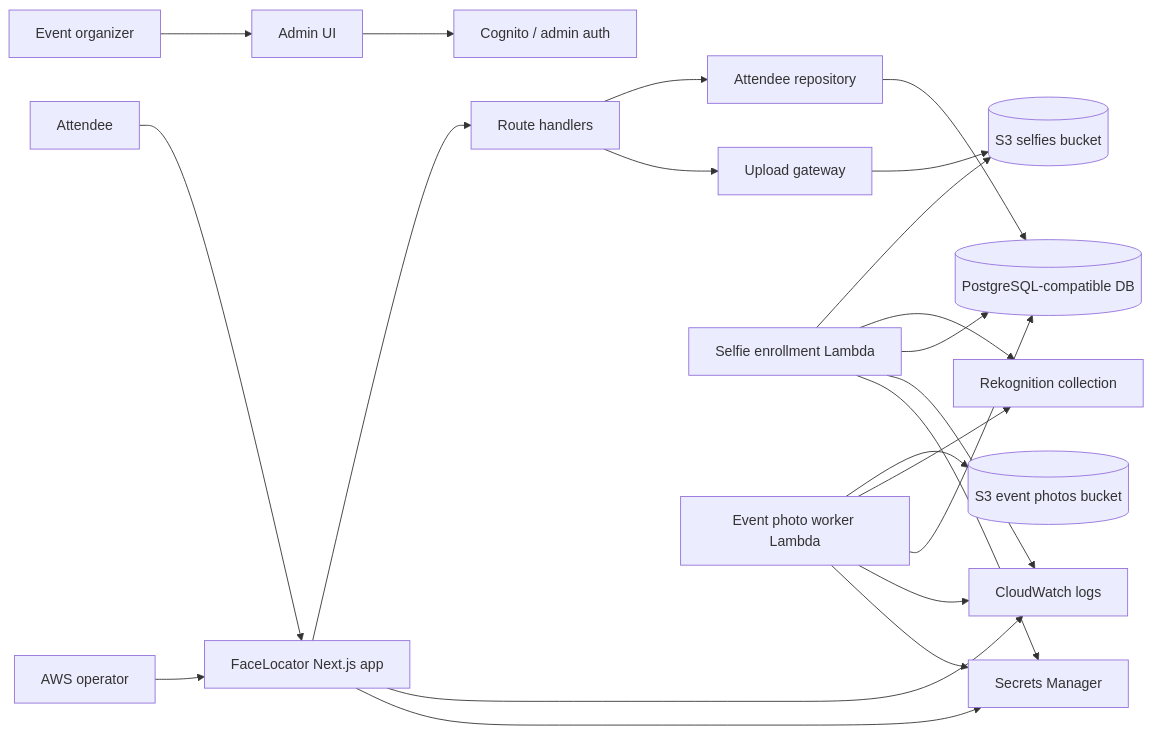
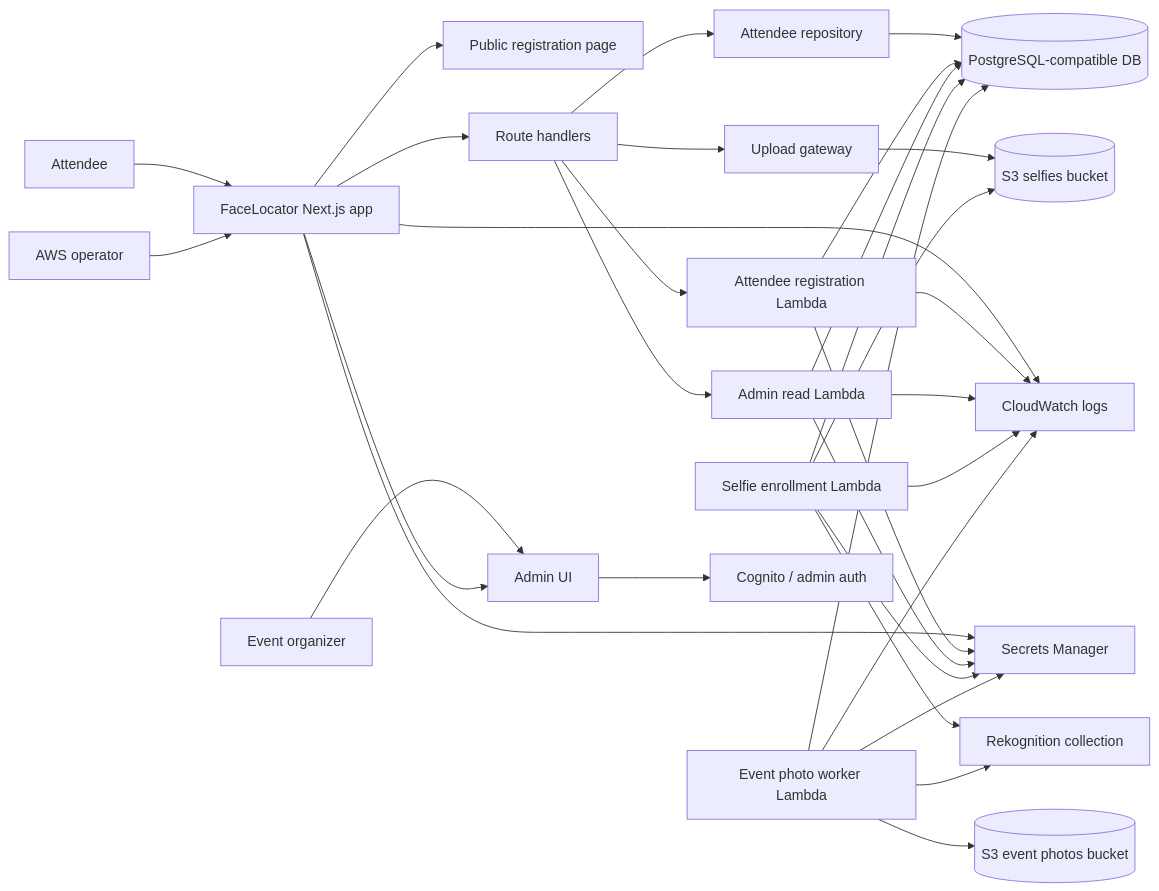
One commit to anyulled/FaceLocator changed the first of 7 diagrams in README.md. Above: the diagram before and after it, drawn with Mermaid. The commit also changed other lines of this file and 8 other files, not shown here.

````diff
--- a/README.md
+++ b/README.md
@@ -25,43 +26,56 @@
 ```mermaid
 flowchart LR
   attendee[Attendee]
   organizer[Event organizer]
   operator[AWS operator]
 
   app[FaceLocator Next.js app]
-  admin[Admin UI]
+  publicPage[Public registration page]
+  adminPage[Admin UI]
   api[Route handlers]
   repo[Attendee repository]
   upload[Upload gateway]
+  attendeeLambda[Attendee registration Lambda]
+  adminReadLambda[Admin read Lambda]
   db[(PostgreSQL-compatible DB)]
   selfies[(S3 selfies bucket)]
   photos[(S3 event photos bucket)]
   lambda1[Selfie enrollment Lambda]
   lambda2[Event photo worker Lambda]
   rek[Rekognition collection]
   cognito[Cognito / admin auth]
   cloudwatch[CloudWatch logs]
   secrets[Secrets Manager]
 
   attendee --> app
-  organizer --> admin
+  organizer --> adminPage
   operator --> app
+  app --> publicPage
+  app --> adminPage
   app --> api
   api --> repo
   api --> upload
+  api --> attendeeLambda
+  api --> adminReadLambda
   repo --> db
   upload --> selfies
+  attendeeLambda --> db
+  adminReadLambda --> db
   lambda1 --> selfies
   lambda1 --> rek
   lambda1 --> db
   lambda2 --> photos
   lambda2 --> rek
   lambda2 --> db
-  admin --> cognito
+  adminPage --> cognito
   app --> cloudwatch
+  attendeeLambda --> cloudwatch
+  adminReadLambda --> cloudwatch
   lambda1 --> cloudwatch
   lambda2 --> cloudwatch
   app --> secrets
+  attendeeLambda --> secrets
+  adminReadLambda --> secrets
   lambda1 --> secrets
   lambda2 --> secrets
 ```
````
